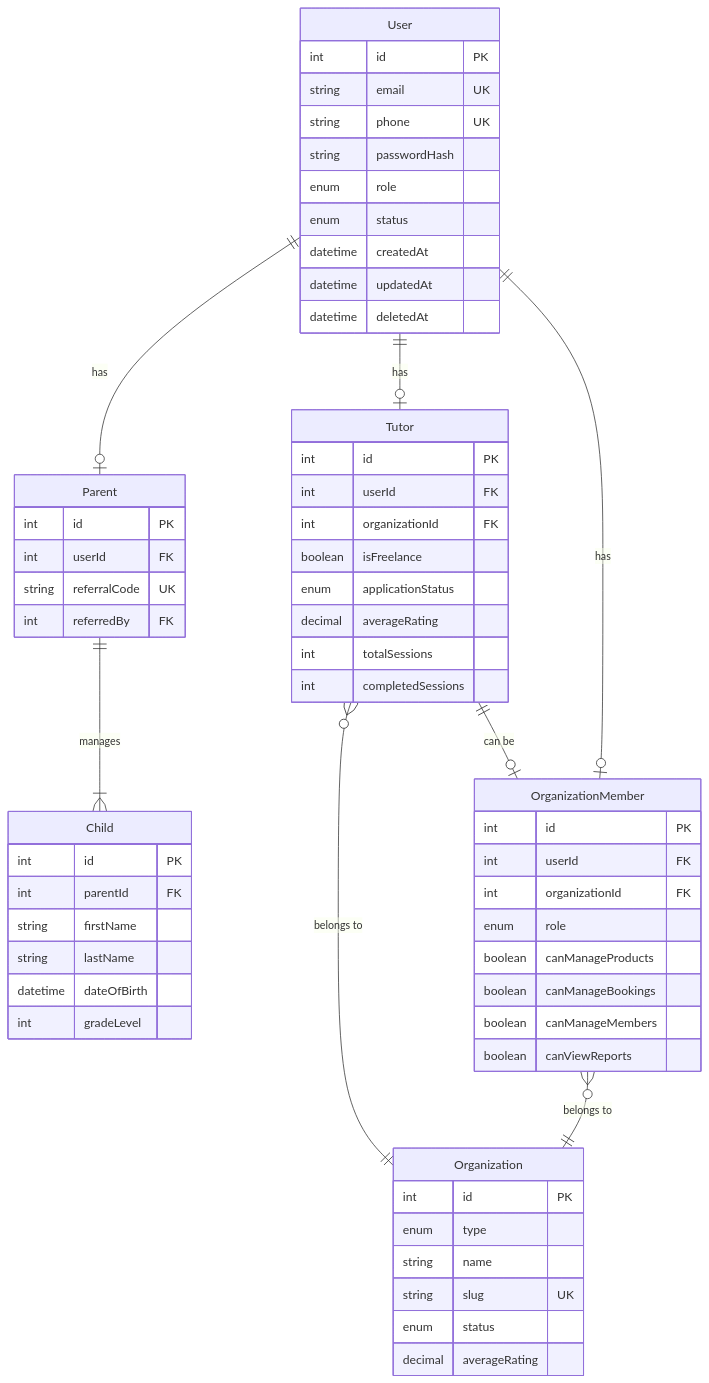
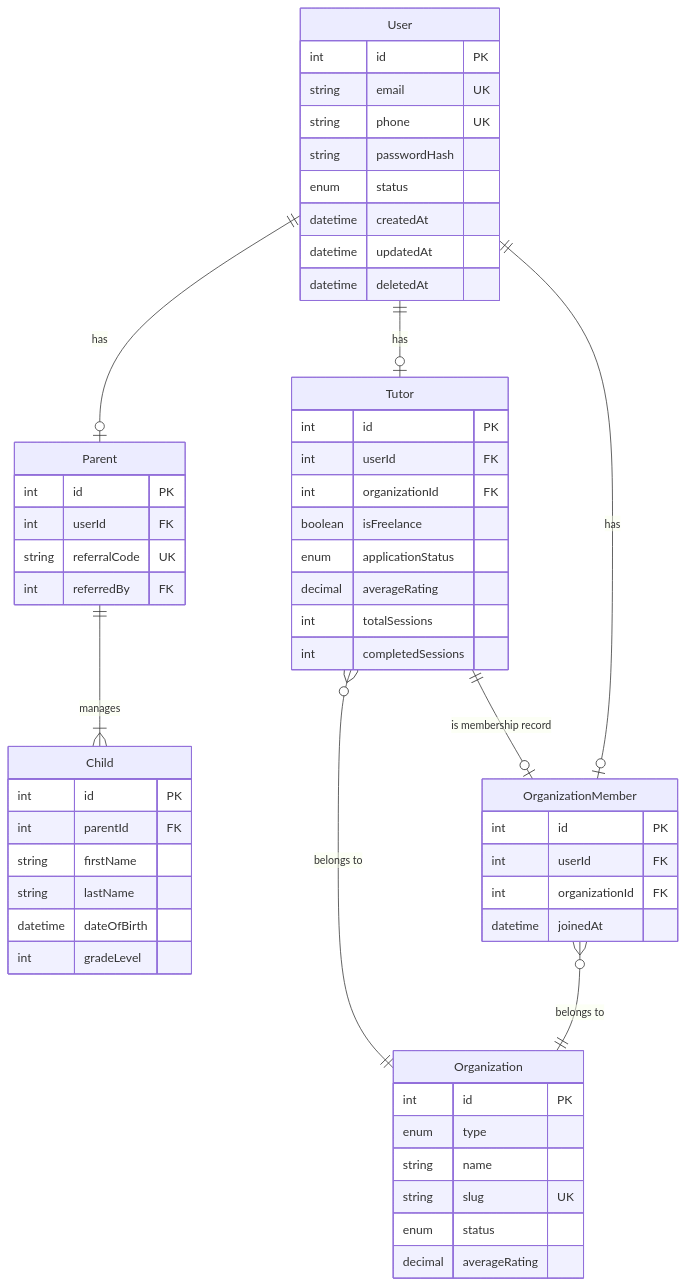
The first of 8 diagrams in docs/DATABASE_ERD.md (hungnguyen4499/tudy-api-demo), drawn with Mermaid before and after one commit. The commit also changed other lines of this file and 71 other files, not shown here.

````diff
--- a/docs/DATABASE_ERD.md
+++ b/docs/DATABASE_ERD.md
@@ -11,69 +11,64 @@
 ```mermaid
 erDiagram
     User ||--o| Parent : "has"
     User ||--o| Tutor : "has"
     User ||--o| OrganizationMember : "has"
     Parent ||--|{ Child : "manages"
     Tutor }o--|| Organization : "belongs to"
     OrganizationMember }o--|| Organization : "belongs to"
-    Tutor ||--o| OrganizationMember : "can be"
+    Tutor ||--o| OrganizationMember : "is membership record"
     
     User {
         int id PK
         string email UK
         string phone UK
         string passwordHash
-        enum role
         enum status
         datetime createdAt
         datetime updatedAt
         datetime deletedAt
     }
     
     Parent {
         int id PK
         int userId FK
         string referralCode UK
         int referredBy FK
     }
     
     Child {
         int id PK
         int parentId FK
         string firstName
         string lastName
         datetime dateOfBirth
         int gradeLevel
     }
     
     Tutor {
         int id PK
         int userId FK
         int organizationId FK
         boolean isFreelance
         enum applicationStatus
         decimal averageRating
         int totalSessions
         int completedSessions
     }
     
     Organization {
         int id PK
         enum type
         string name
         string slug UK
         enum status
         decimal averageRating
     }
     
     OrganizationMember {
         int id PK
         int userId FK
         int organizationId FK
-        enum role
-        boolean canManageProducts
-        boolean canManageBookings
-        boolean canManageMembers
-        boolean canViewReports
+        datetime joinedAt
     }
 ```
````
